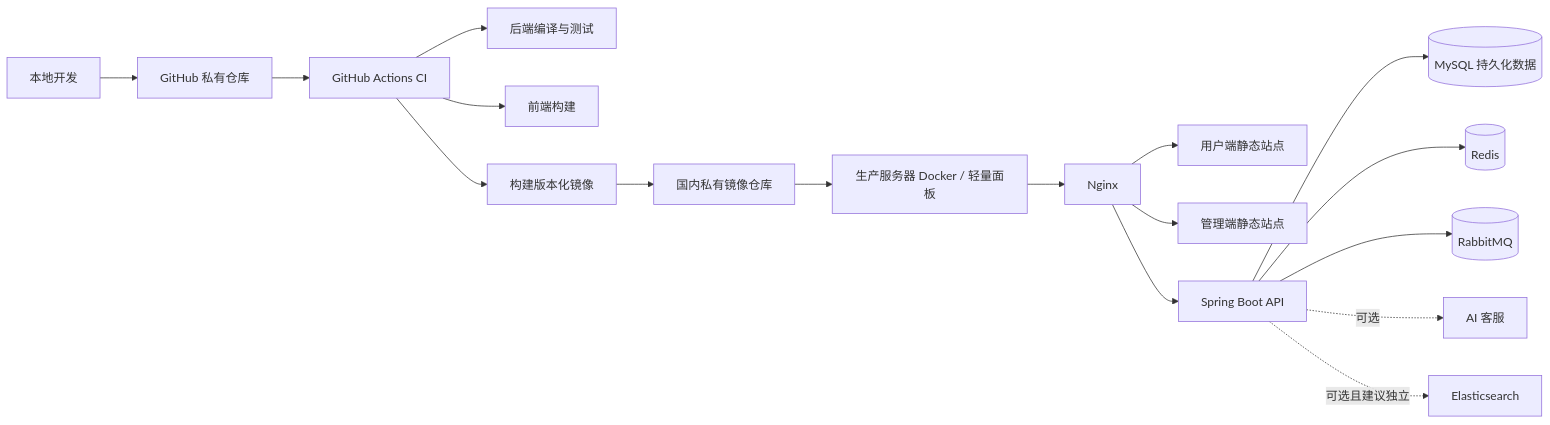
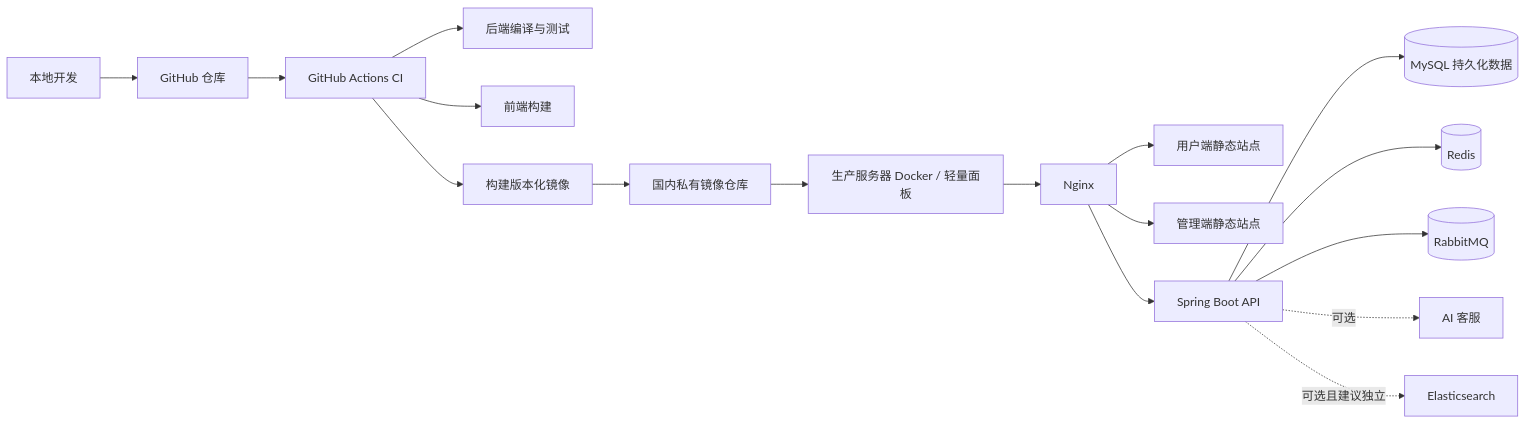
The diagram in docs/plans/生产上线与GitHub-CICD主计划.md (wzhwwwzzzhhh/Final-StandMarket), drawn with Mermaid before and after one commit. The commit also changed other lines of this file and 6 other files, not shown here.

First line of the commit message:
docs: 归档 GitHub CI 交付证据

````diff
--- a/docs/plans/生产上线与GitHub-CICD主计划.md
+++ b/docs/plans/生产上线与GitHub-CICD主计划.md
@@ -100,19 +102,19 @@
 ```mermaid
 flowchart LR
-    A[本地开发] --> B[GitHub 私有仓库]
+    A[本地开发] --> B[GitHub 仓库]
     B --> C[GitHub Actions CI]
     C --> C1[后端编译与测试]
     C --> C2[前端构建]
     C --> C3[构建版本化镜像]
     C3 --> D[国内私有镜像仓库]
     D --> E[生产服务器 Docker / 轻量面板]
     E --> F[Nginx]
     F --> G[用户端静态站点]
     F --> H[管理端静态站点]
     F --> I[Spring Boot API]
     I --> J[(MySQL 持久化数据)]
     I --> K[(Redis)]
     I --> L[(RabbitMQ)]
     I -.可选.-> M[AI 客服]
     I -.可选且建议独立.-> N[Elasticsearch]
 ```
````
